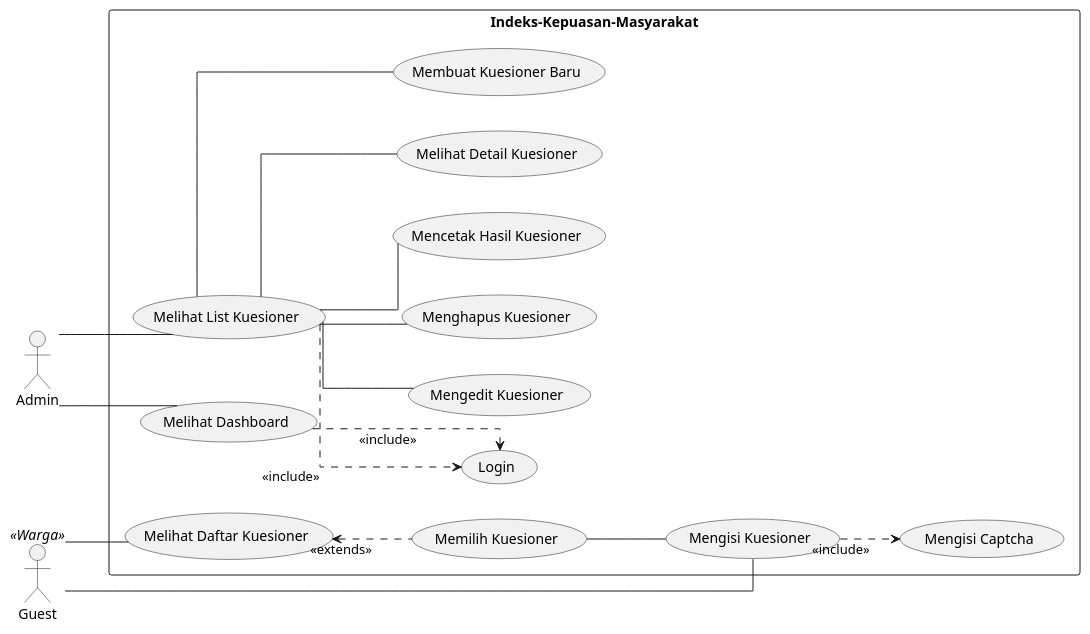
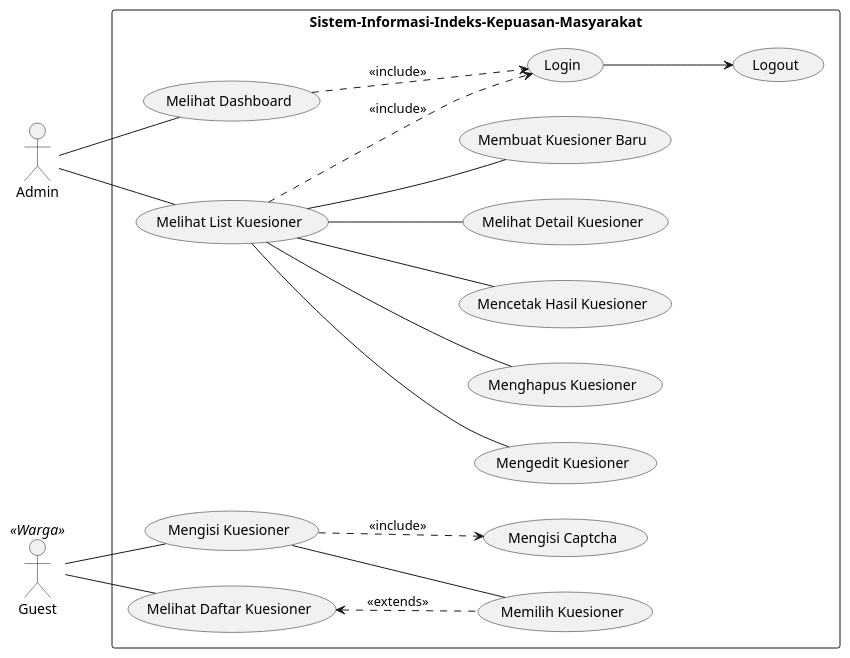
One commit to Churma16/indeks-kepuasan-masyarakat changed the diagram in documentation/useCaseDiagram/useCase.puml. Above: the diagram before and after it, drawn with PlantUML. The commit also changed 11 other files, not shown here.

```diff
--- a/documentation/useCaseDiagram/useCase.puml
+++ b/documentation/useCaseDiagram/useCase.puml
@@ -1,32 +1,33 @@
 @startuml
 
 left to right direction
 skinparam packageStyle rect
-skinparam linetype ortho
+' skinparam linetype ortho
 
 actor Admin
 actor Guest
 
-rectangle Indeks-Kepuasan-Masyarakat{
+rectangle Sistem-Informasi-Indeks-Kepuasan-Masyarakat{
     ' Admin -- (Login)
     ' (Login)--(Melihat Dashboard)
     ' (Login)--(Melihat List Kuesioner)
     Admin -- (Melihat Dashboard)
     Admin -- (Melihat List Kuesioner)
+    (Melihat List Kuesioner)--(Melihat Detail Kuesioner)
     (Melihat Dashboard)..>(Login): << include >>
     (Melihat List Kuesioner)..>(Login): << include >>
-    (Melihat List Kuesioner)--(Melihat Detail Kuesioner)
     (Melihat List Kuesioner)--(Membuat Kuesioner Baru)
     (Melihat List Kuesioner)--(Mengedit Kuesioner)
     (Melihat List Kuesioner)--(Menghapus Kuesioner)
     (Melihat List Kuesioner)--(Mencetak Hasil Kuesioner)
+    (Login)-down->(Logout)
 
     Guest << Warga >>
     Guest -- (Melihat Daftar Kuesioner)
-    Guest -down- (Mengisi Kuesioner)
     (Melihat Daftar Kuesioner) <.. (Memilih Kuesioner): << extends >>
-    (Memilih Kuesioner) -- (Mengisi Kuesioner)
+    Guest -- (Mengisi Kuesioner)
+    (Memilih Kuesioner) -up- (Mengisi Kuesioner)
     (Mengisi Kuesioner) ..> (Mengisi Captcha): << include >>
 
 }
 @enduml
```
